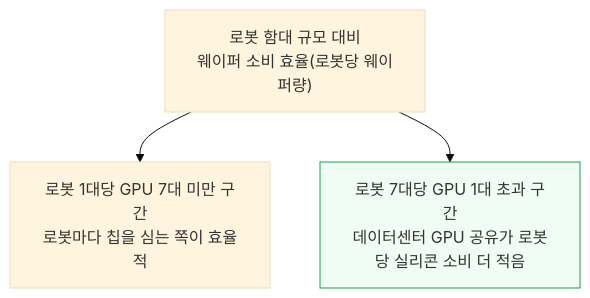
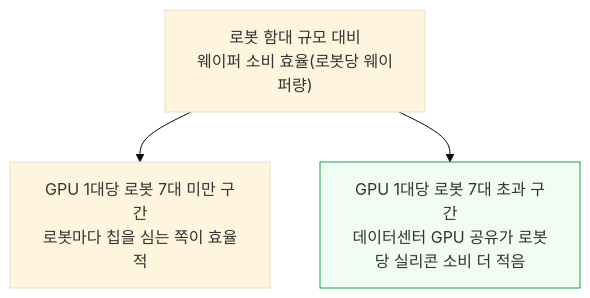
One commit to yohan4477/semi-report changed diagram 14 of 24 in content/newsletter/robotics/[260910] 로봇은 어디서 생각하는가 - 온디바이스 대 데이터센터 추론.md. Above: the diagram before and after it, drawn with Mermaid (base theme). The commit also changed other lines of this file and 1 other file, not shown here.

````diff
--- a/content/newsletter/robotics/[260910] 로봇은 어디서 생각하는가 - 온디바이스 대 데이터센터 추론.md
+++ b/content/newsletter/robotics/[260910] 로봇은 어디서 생각하는가 - 온디바이스 대 데이터센터 추론.md
@@ -284,7 +284,7 @@
 ```mermaid
 flowchart TD
-    Q["로봇 함대 규모 대비<br/>웨이퍼 소비 효율(로봇당 웨이퍼량)"] --> Below["로봇 1대당 GPU 7대 미만 구간<br/>로봇마다 칩을 심는 쪽이 효율적"]
-    Q --> Above["로봇 7대당 GPU 1대 초과 구간<br/>데이터센터 GPU 공유가 로봇당 실리콘 소비 더 적음"]
+    Q["로봇 함대 규모 대비<br/>웨이퍼 소비 효율(로봇당 웨이퍼량)"] --> Below["GPU 1대당 로봇 7대 미만 구간<br/>로봇마다 칩을 심는 쪽이 효율적"]
+    Q --> Above["GPU 1대당 로봇 7대 초과 구간<br/>데이터센터 GPU 공유가 로봇당 실리콘 소비 더 적음"]
 
     style Above fill:#f0fdf4,stroke:#16a34a
 ```
````
